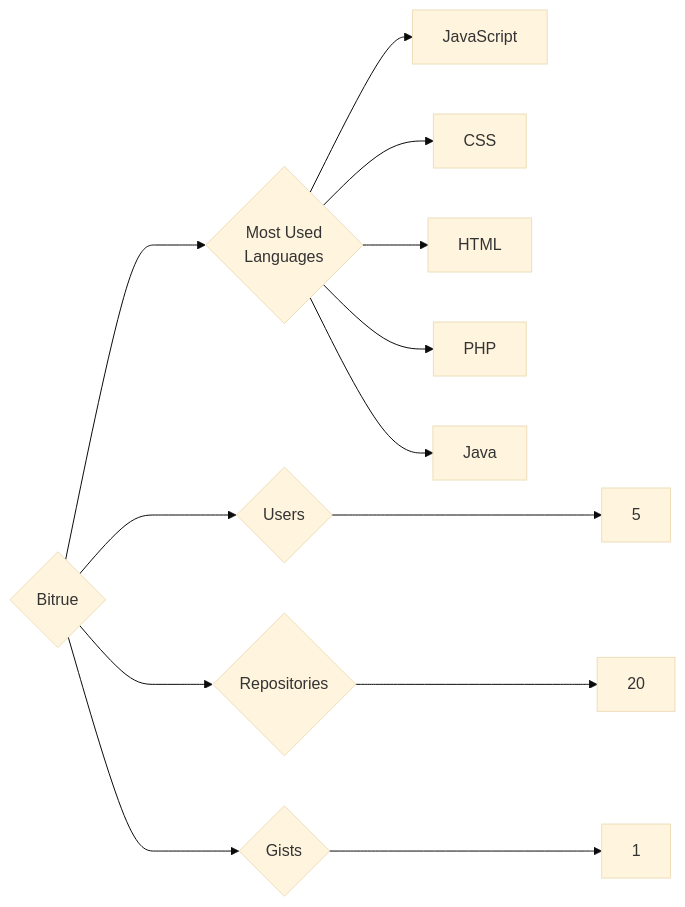
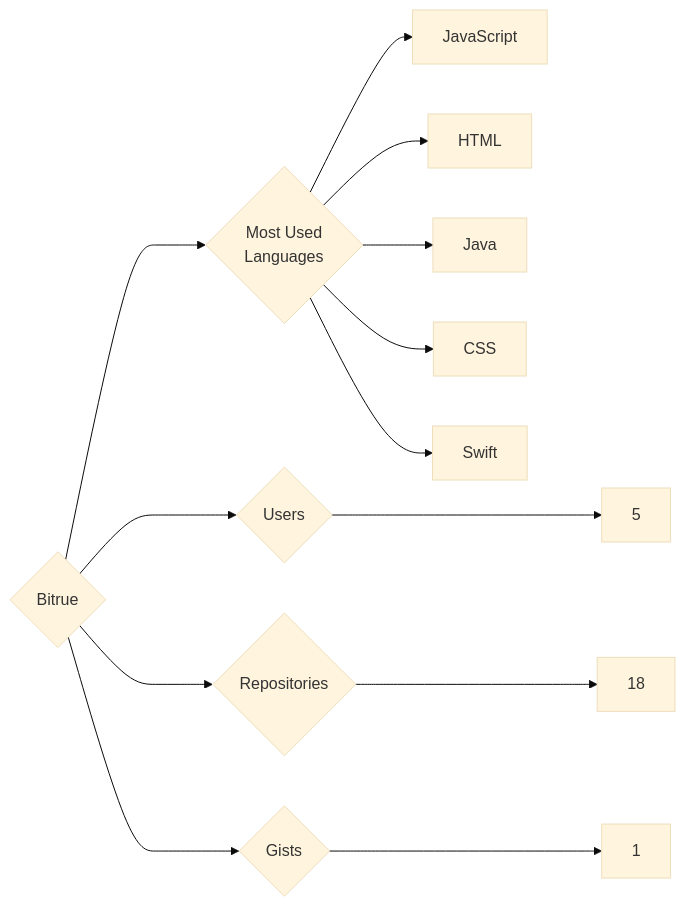
Before and after one commit to trickest/insiders: the diagram in targets/Bitrue/README.md, drawn with Mermaid (base theme). The commit also changed 714 other files, not shown here.

````diff
--- a/targets/Bitrue/README.md
+++ b/targets/Bitrue/README.md
@@ -3,13 +3,13 @@
 ```mermaid
 graph LR
 COMPANY_NAME{Bitrue}
 COMPANY_NAME ---> U{Users} ---> UN[5]
-COMPANY_NAME ---> R{Repositories} ---> RN[20]
+COMPANY_NAME ---> R{Repositories} ---> RN[18]
 COMPANY_NAME ---> G{Gists} ---> GN[1]
 COMPANY_NAME ---> ML{Most Used<br>Languages}
 ML --> JavaScript[JavaScript]
+ML --> HTML[HTML]
+ML --> Java[Java]
 ML --> CSS[CSS]
-ML --> HTML[HTML]
-ML --> PHP[PHP]
-ML --> Java[Java]
+ML --> Swift[Swift]
 ```
````
